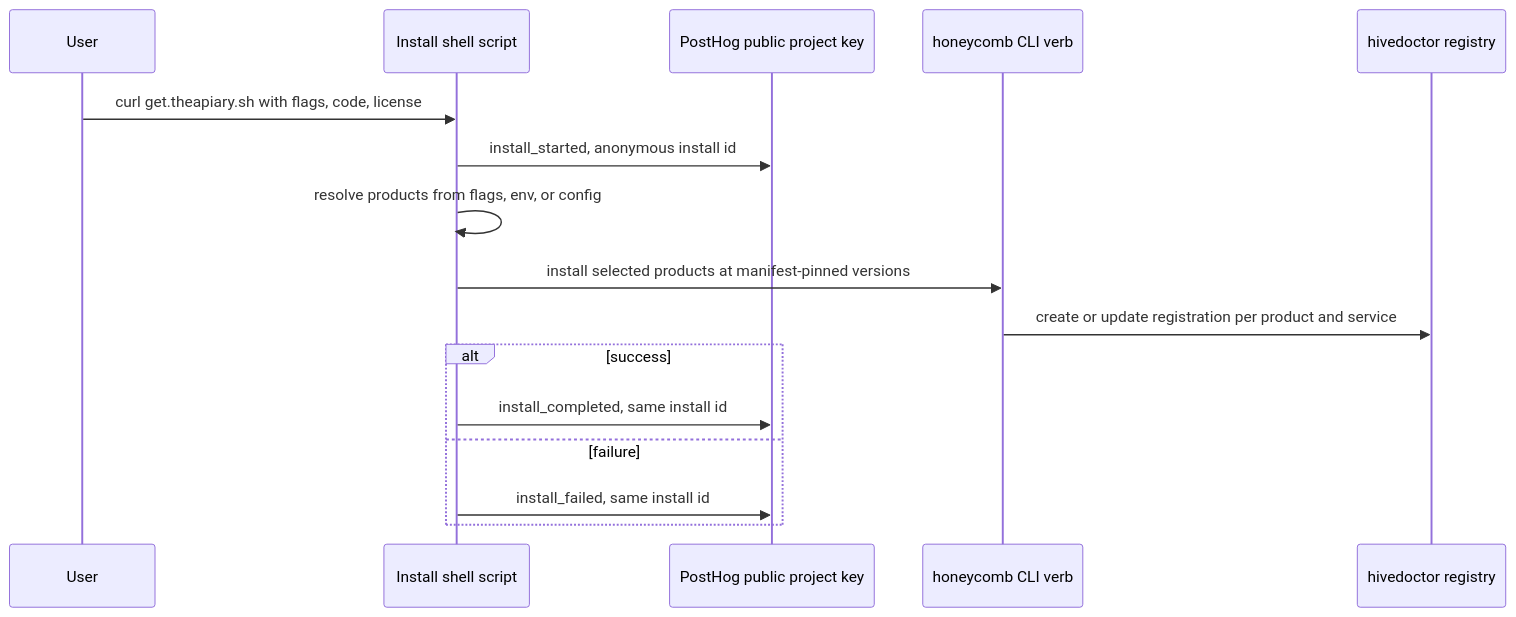
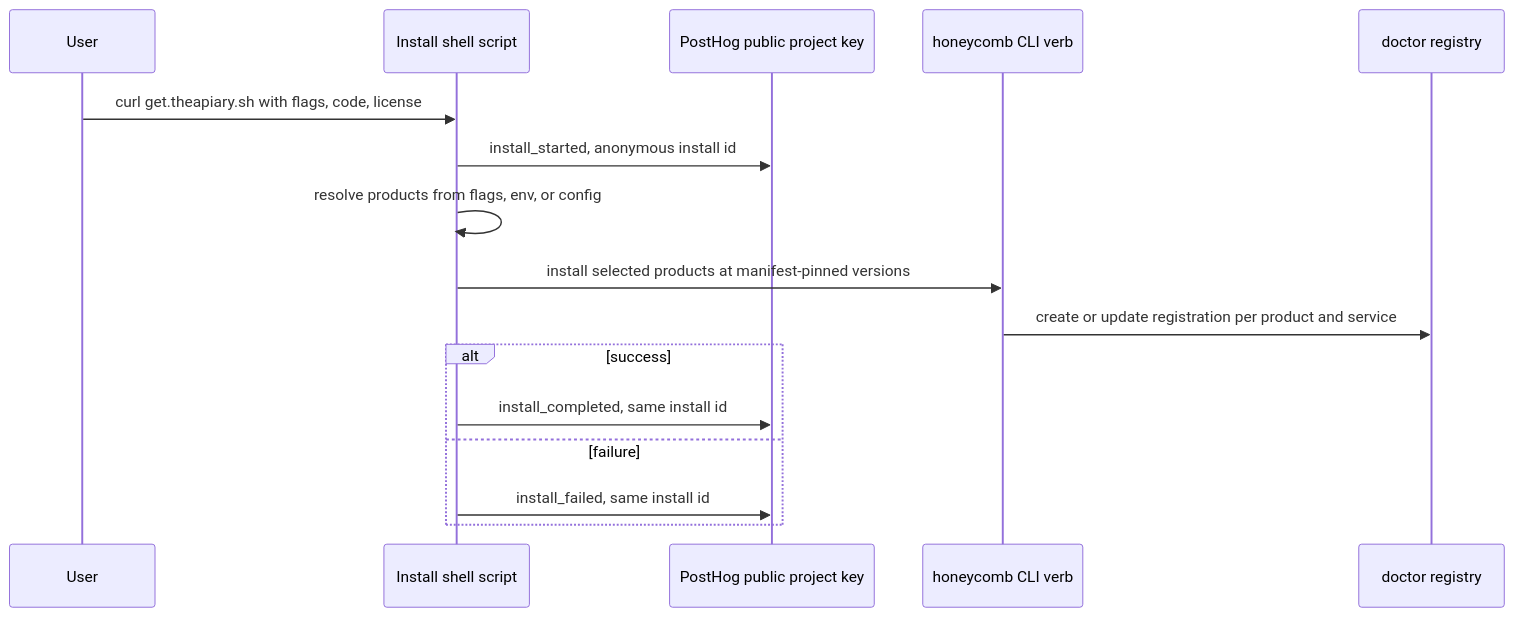
One commit to legioncodeinc/the-apiary changed the diagram in library/knowledge/private/architecture/ADR-0002-one-line-installer-product-loading-and-install-time-telemetry.md. Above: the diagram before and after it, drawn with Mermaid. The commit also changed other lines of this file and 13 other files, not shown here.

````diff
--- a/library/knowledge/private/architecture/ADR-0002-one-line-installer-product-loading-and-install-time-telemetry.md
+++ b/library/knowledge/private/architecture/ADR-0002-one-line-installer-product-loading-and-install-time-telemetry.md
@@ -46,18 +46,18 @@
 ```mermaid
 sequenceDiagram
     participant U as User
     participant S as Install shell script
     participant PH as PostHog public project key
     participant CLI as honeycomb CLI verb
-    participant REG as hivedoctor registry
+    participant REG as doctor registry
     U->>S: curl get.theapiary.sh with flags, code, license
     S->>PH: install_started, anonymous install id
     S->>S: resolve products from flags, env, or config
     S->>CLI: install selected products at manifest-pinned versions
     CLI->>REG: create or update registration per product and service
     alt success
         S->>PH: install_completed, same install id
     else failure
         S->>PH: install_failed, same install id
     end
 ```
````
